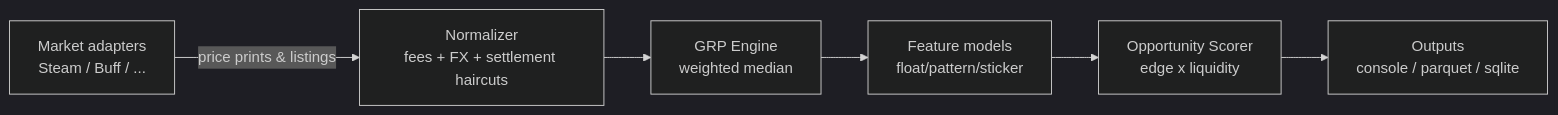
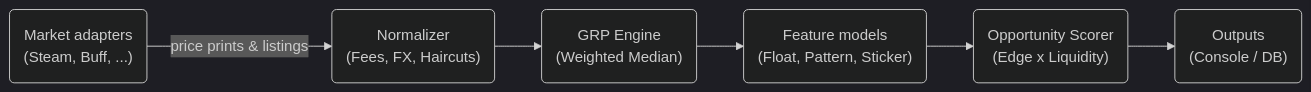
The first of 2 diagrams in docs/architecture.md (vorkuta1/cs2-grp-case-study), drawn with Mermaid (dark theme) before and after one commit. The commit also changed other lines of this file, not shown here.

Commit message:
docs: update arch

````diff
--- a/docs/architecture.md
+++ b/docs/architecture.md
@@ -8,8 +8,8 @@
 ```mermaid
 flowchart LR
-  A["Market adapters<br/>Steam / Buff / ..."] -->|price prints & listings| B["Normalizer<br/>fees + FX + settlement haircuts"]
-  B --> C["GRP Engine<br/>weighted median"]
-  C --> D["Feature models<br/>float/pattern/sticker"]
-  D --> E["Opportunity Scorer<br/>edge x liquidity"]
-  E --> F["Outputs<br/>console / parquet / sqlite"]
+  A("Market adapters<br/>(Steam, Buff, ...)") -->|price prints & listings| B("Normalizer<br/>(Fees, FX, Haircuts)")
+  B --> C("GRP Engine<br/>(Weighted Median)")
+  C --> D("Feature models<br/>(Float, Pattern, Sticker)")
+  D --> E("Opportunity Scorer<br/>(Edge x Liquidity)")
+  E --> F("Outputs<br/>(Console / DB)")
 ```
````
